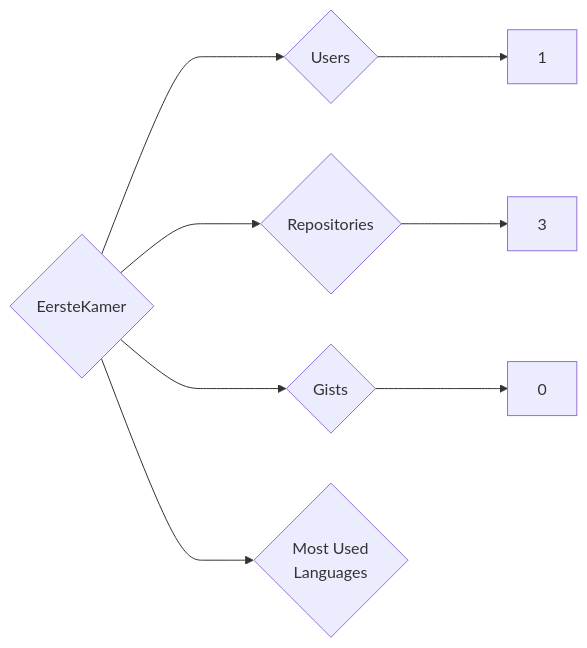
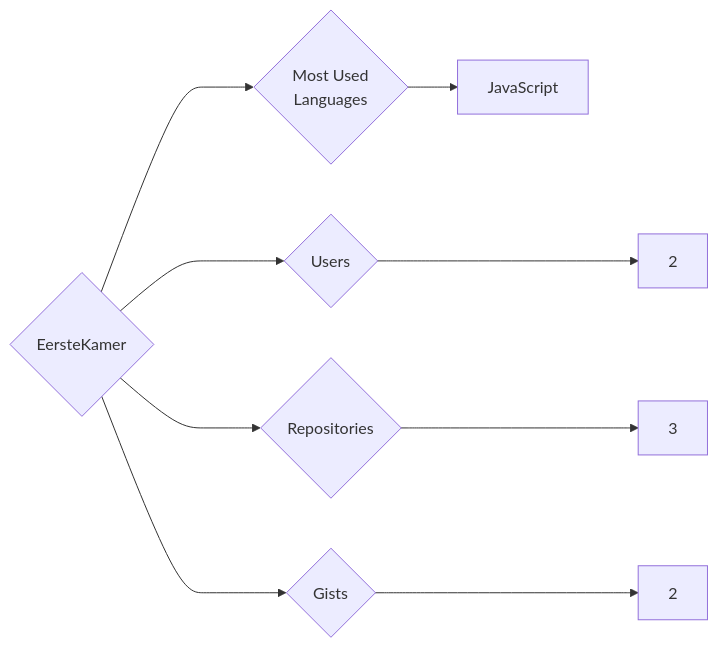
Before and after one commit to trickest/insiders: the diagram in targets/EersteKamer/README.md, drawn with Mermaid. The commit also changed 1212 other files, not shown here.

````diff
--- a/targets/EersteKamer/README.md
+++ b/targets/EersteKamer/README.md
@@ -3,8 +3,9 @@
 ```mermaid
 graph LR
 COMPANY_NAME{EersteKamer}
-COMPANY_NAME ---> U{Users} ---> UN[1]
+COMPANY_NAME ---> U{Users} ---> UN[2]
 COMPANY_NAME ---> R{Repositories} ---> RN[3]
-COMPANY_NAME ---> G{Gists} ---> GN[0]
+COMPANY_NAME ---> G{Gists} ---> GN[2]
 COMPANY_NAME ---> ML{Most Used<br>Languages}
+ML --> JavaScript[JavaScript]
 ```
````
